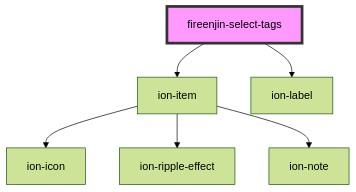
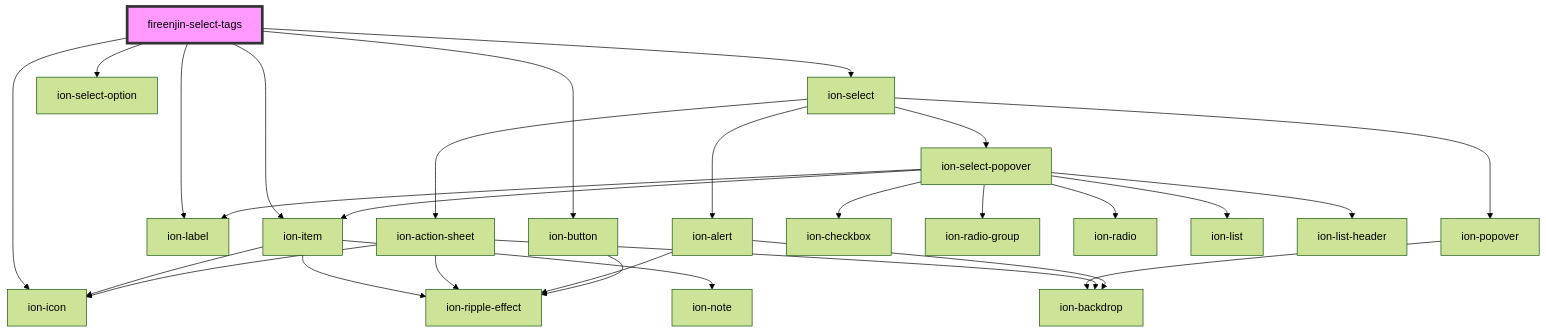
The diagram in src/components/select-tags/readme.md (FireEnjin/Components), drawn with Mermaid (forest theme) before and after one commit. The commit also changed other lines of this file and 5 other files, not shown here.

Commit message:
fix(): Remove choices.js and refactor select tags to use ionic solution

````diff
--- a/src/components/select-tags/readme.md
+++ b/src/components/select-tags/readme.md
@@ -116,9 +131,31 @@
 ```mermaid
 graph TD;
   fireenjin-select-tags --> ion-item
   fireenjin-select-tags --> ion-label
+  fireenjin-select-tags --> ion-select
+  fireenjin-select-tags --> ion-select-option
+  fireenjin-select-tags --> ion-button
+  fireenjin-select-tags --> ion-icon
   ion-item --> ion-icon
   ion-item --> ion-ripple-effect
   ion-item --> ion-note
+  ion-select --> ion-select-popover
+  ion-select --> ion-popover
+  ion-select --> ion-action-sheet
+  ion-select --> ion-alert
+  ion-select-popover --> ion-item
+  ion-select-popover --> ion-checkbox
+  ion-select-popover --> ion-label
+  ion-select-popover --> ion-radio-group
+  ion-select-popover --> ion-radio
+  ion-select-popover --> ion-list
+  ion-select-popover --> ion-list-header
+  ion-popover --> ion-backdrop
+  ion-action-sheet --> ion-backdrop
+  ion-action-sheet --> ion-icon
+  ion-action-sheet --> ion-ripple-effect
+  ion-alert --> ion-ripple-effect
+  ion-alert --> ion-backdrop
+  ion-button --> ion-ripple-effect
   style fireenjin-select-tags fill:#f9f,stroke:#333,stroke-width:4px
 ```
````
